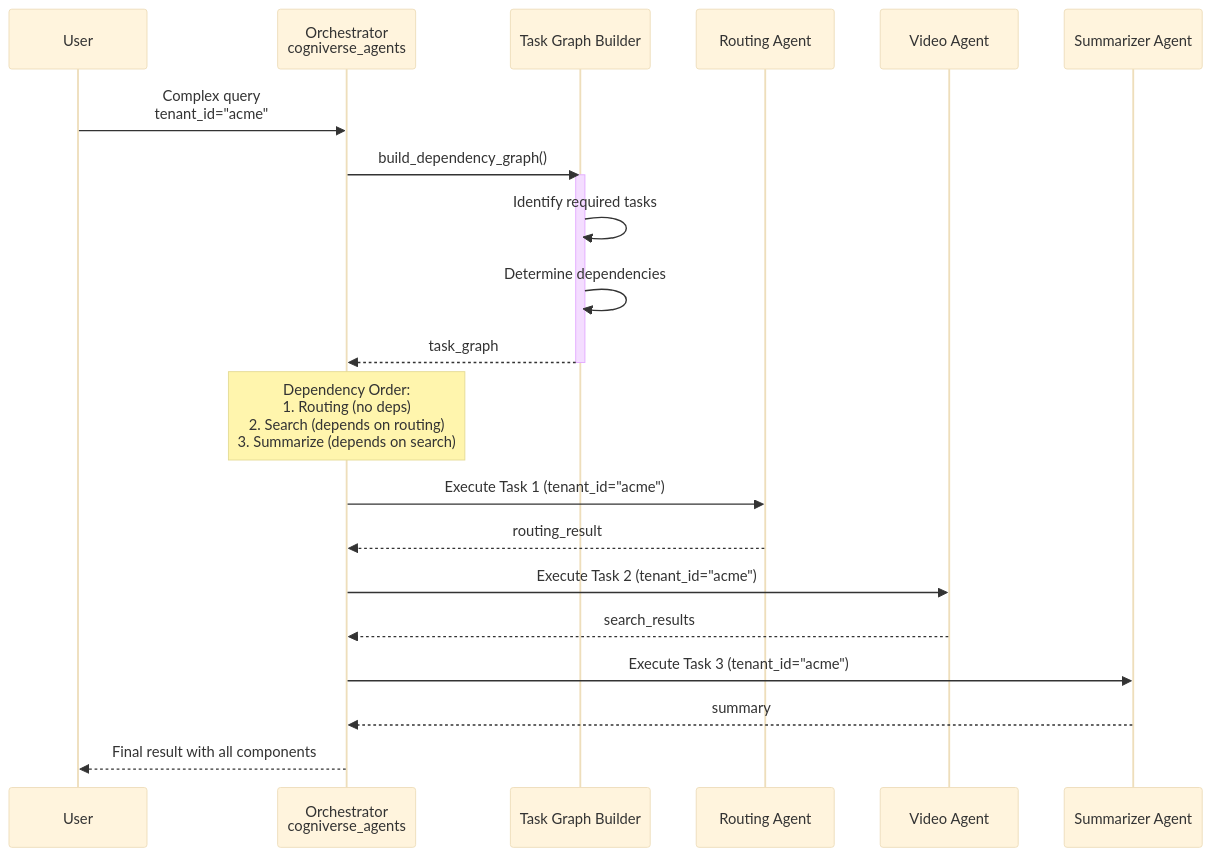
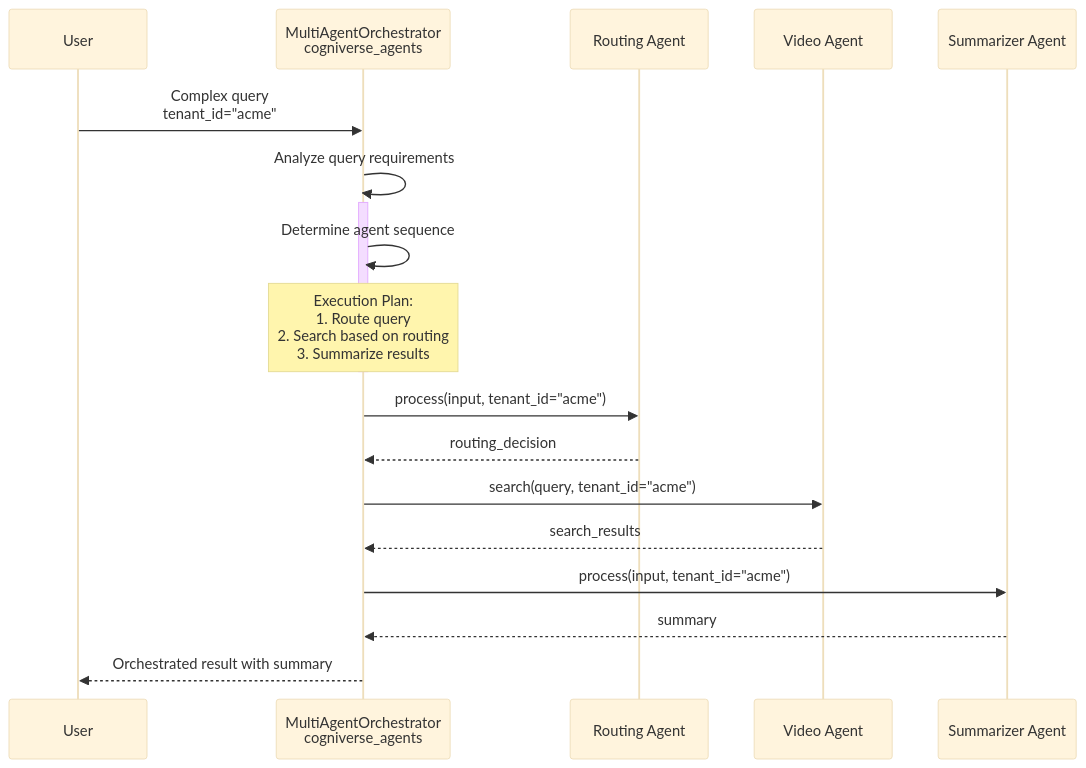
The sixth of 24 diagrams in docs/architecture/system-flows.md (amit-jain/cogniverse), drawn with Mermaid (base theme) before and after one commit. The commit also changed other lines of this file and 83 other files, not shown here.

First line of the commit message:
Fix documentation veracity, formatting, and diagrams across all modules

````diff
--- a/docs/architecture/system-flows.md
+++ b/docs/architecture/system-flows.md
@@ -365,31 +258,27 @@
 ```mermaid
 sequenceDiagram
     participant User
-    participant Orchestrator as Orchestrator<br/>cogniverse_agents
-    participant TaskGraph as Task Graph Builder
+    participant Orchestrator as MultiAgentOrchestrator<br/>cogniverse_agents
     participant Routing as Routing Agent
     participant VideoAgent as Video Agent
     participant Summarizer as Summarizer Agent
 
     User->>Orchestrator: Complex query<br/>tenant_id="acme"
 
-    Orchestrator->>TaskGraph: build_dependency_graph()
-    activate TaskGraph
-    TaskGraph->>TaskGraph: Identify required tasks
-    TaskGraph->>TaskGraph: Determine dependencies
-    TaskGraph-->>Orchestrator: task_graph
-    deactivate TaskGraph
+    Orchestrator->>Orchestrator: Analyze query requirements
+    activate Orchestrator
+    Orchestrator->>Orchestrator: Determine agent sequence
+    Note over Orchestrator: Execution Plan:<br/>1. Route query<br/>2. Search based on routing<br/>3. Summarize results
+    deactivate Orchestrator
 
-    Note over Orchestrator: Dependency Order:<br/>1. Routing (no deps)<br/>2. Search (depends on routing)<br/>3. Summarize (depends on search)
+    Orchestrator->>Routing: process(input, tenant_id="acme")
+    Routing-->>Orchestrator: routing_decision
 
-    Orchestrator->>Routing: Execute Task 1 (tenant_id="acme")
-    Routing-->>Orchestrator: routing_result
-
-    Orchestrator->>VideoAgent: Execute Task 2 (tenant_id="acme")
+    Orchestrator->>VideoAgent: search(query, tenant_id="acme")
     VideoAgent-->>Orchestrator: search_results
 
-    Orchestrator->>Summarizer: Execute Task 3 (tenant_id="acme")
+    Orchestrator->>Summarizer: process(input, tenant_id="acme")
     Summarizer-->>Orchestrator: summary
 
-    Orchestrator-->>User: Final result with all components
+    Orchestrator-->>User: Orchestrated result with summary
 ```
````
